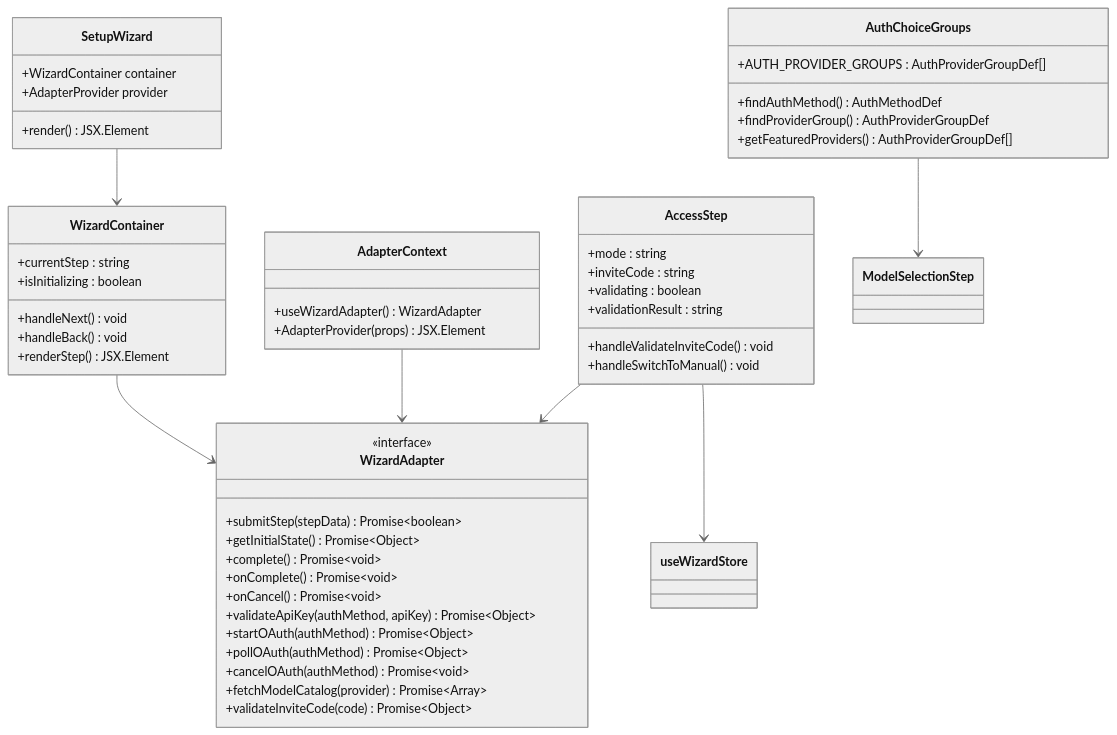
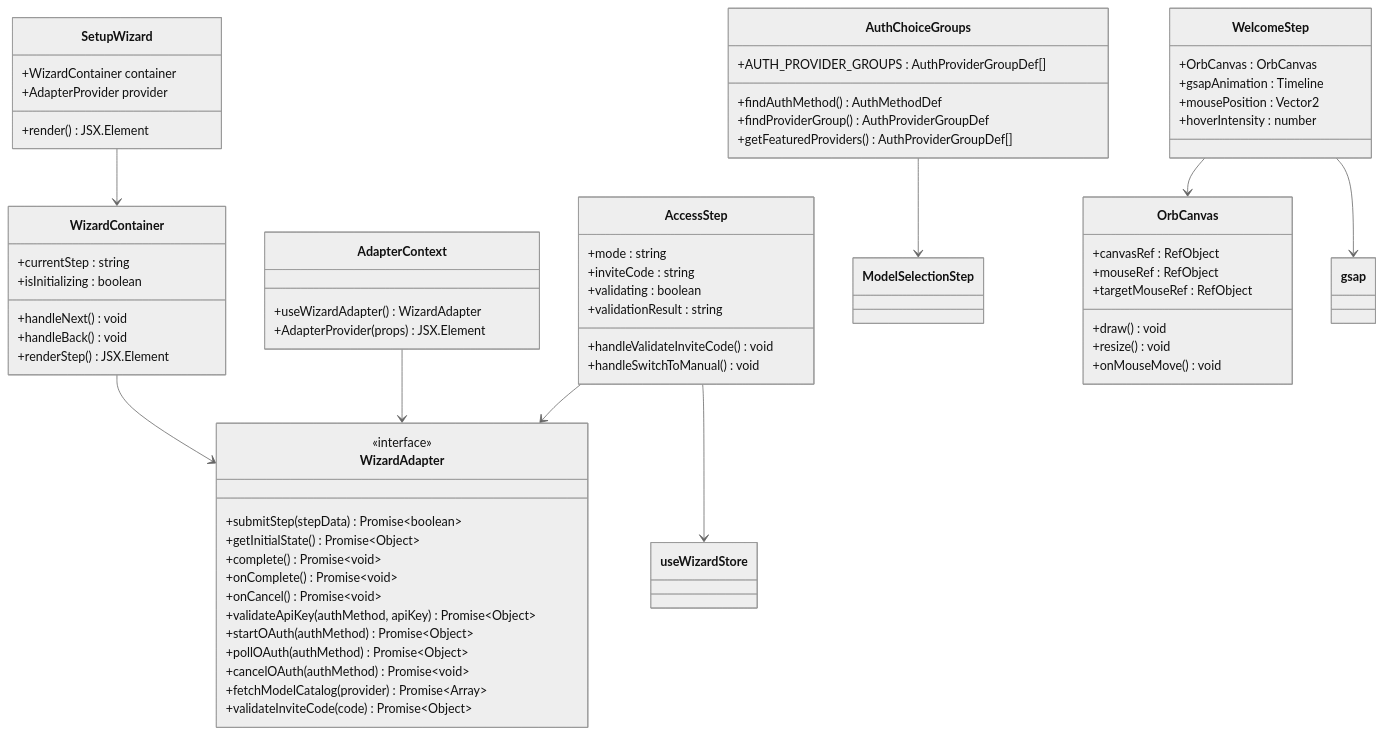
Before and after one commit to verse-ai-org/openclaw: the second of 14 diagrams in .qoder/repowiki/zh/content/开发者指南/设置向导系统.md, drawn with Mermaid (neutral theme). The commit also changed other lines of this file and 9 other files, not shown here.

````diff
--- a/.qoder/repowiki/zh/content/开发者指南/设置向导系统.md
+++ b/.qoder/repowiki/zh/content/开发者指南/设置向导系统.md
@@ -133,53 +165,69 @@
 ```mermaid
 classDiagram
 class SetupWizard {
 +WizardContainer container
 +AdapterProvider provider
 +render() JSX.Element
 }
 class WizardContainer {
 +currentStep : string
 +isInitializing : boolean
 +handleNext() void
 +handleBack() void
 +renderStep() JSX.Element
 }
 class WizardAdapter {
 <<interface>>
 +submitStep(stepData) Promise~boolean~
 +getInitialState() Promise~Object~
 +complete() Promise~void~
 +onComplete() Promise~void~
 +onCancel() Promise~void~
 +validateApiKey(authMethod, apiKey) Promise~Object~
 +startOAuth(authMethod) Promise~Object~
 +pollOAuth(authMethod) Promise~Object~
 +cancelOAuth(authMethod) Promise~void~
 +fetchModelCatalog(provider) Promise~Array~
 +validateInviteCode(code) Promise~Object~
 }
 class AdapterContext {
 +useWizardAdapter() WizardAdapter
 +AdapterProvider(props) JSX.Element
 }
 class AuthChoiceGroups {
 +AUTH_PROVIDER_GROUPS : AuthProviderGroupDef[]
 +findAuthMethod() AuthMethodDef
 +findProviderGroup() AuthProviderGroupDef
 +getFeaturedProviders() AuthProviderGroupDef[]
 }
 class AccessStep {
 +mode : string
 +inviteCode : string
 +validating : boolean
 +validationResult : string
 +handleValidateInviteCode() void
 +handleSwitchToManual() void
 }
+class WelcomeStep {
++OrbCanvas : OrbCanvas
++gsapAnimation : Timeline
++mousePosition : Vector2
++hoverIntensity : number
+}
+class OrbCanvas {
++canvasRef : RefObject
++mouseRef : RefObject
++targetMouseRef : RefObject
++draw() void
++resize() void
++onMouseMove() void
+}
 SetupWizard --> WizardContainer
 WizardContainer --> WizardAdapter
 AdapterContext --> WizardAdapter
 AuthChoiceGroups --> ModelSelectionStep
 AccessStep --> WizardAdapter
 AccessStep --> useWizardStore
+WelcomeStep --> OrbCanvas
+WelcomeStep --> gsap
 ```
````
